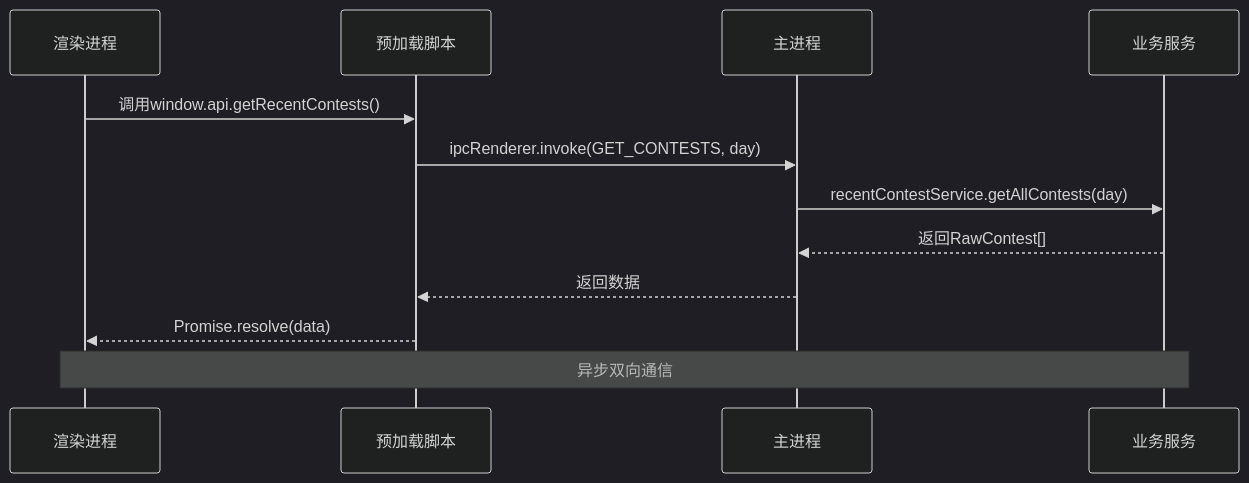
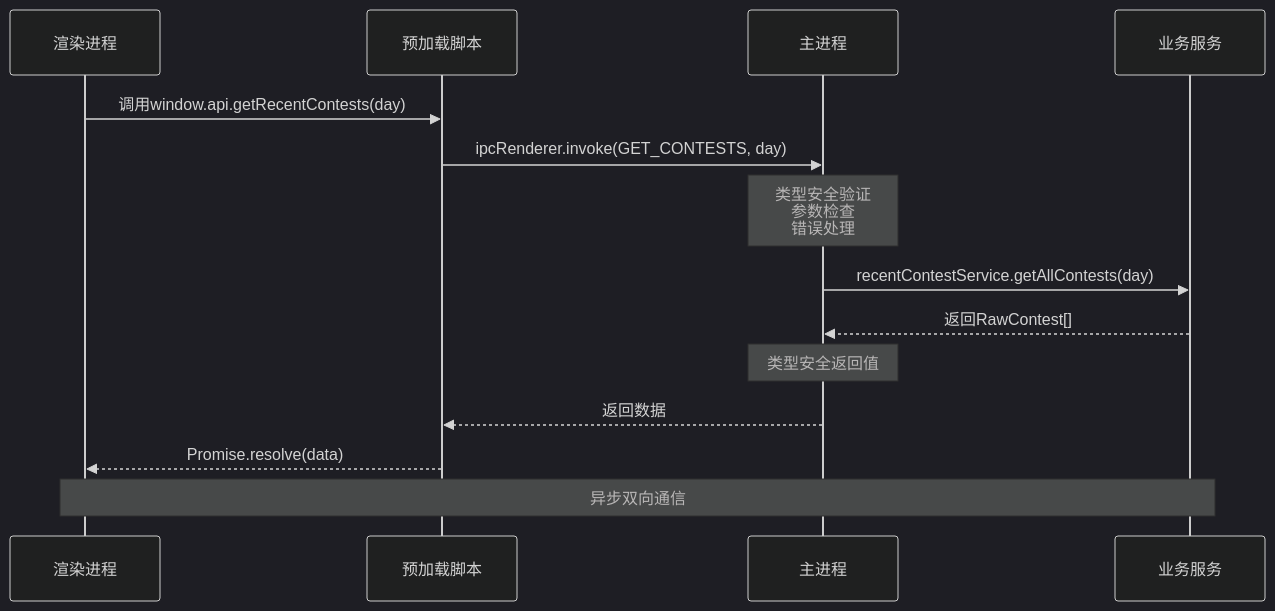
The third of 7 diagrams in .qoder/repowiki/zh/content/API参考/IPC通信API.md (Siborne/OJFlow), drawn with Mermaid (dark theme) before and after one commit. The commit also changed other lines of this file and 12 other files, not shown here.

````diff
--- a/.qoder/repowiki/zh/content/API参考/IPC通信API.md
+++ b/.qoder/repowiki/zh/content/API参考/IPC通信API.md
@@ -130,14 +171,16 @@
 ```mermaid
 sequenceDiagram
 participant Renderer as 渲染进程
 participant Preload as 预加载脚本
 participant Main as 主进程
 participant Services as 业务服务
-Renderer->>Preload : 调用window.api.getRecentContests()
+Renderer->>Preload : 调用window.api.getRecentContests(day)
 Preload->>Main : ipcRenderer.invoke(GET_CONTESTS, day)
+Note over Main : 类型安全验证<br/>参数检查<br/>错误处理
 Main->>Services : recentContestService.getAllContests(day)
 Services-->>Main : 返回RawContest[]
+Note over Main : 类型安全返回值
 Main-->>Preload : 返回数据
 Preload-->>Renderer : Promise.resolve(data)
 Note over Renderer,Services : 异步双向通信
 ```
````
